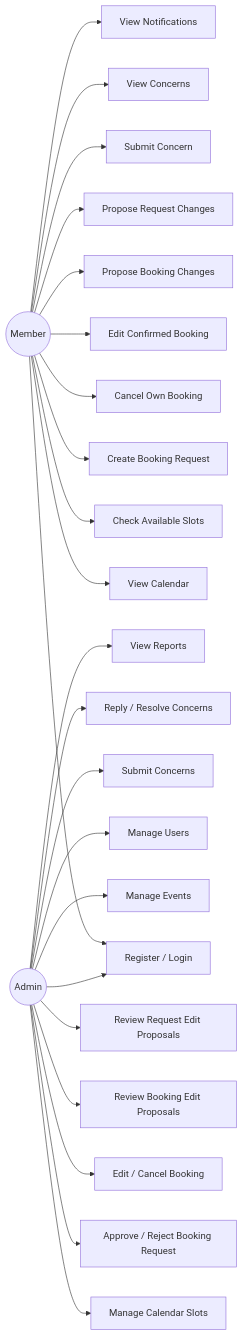
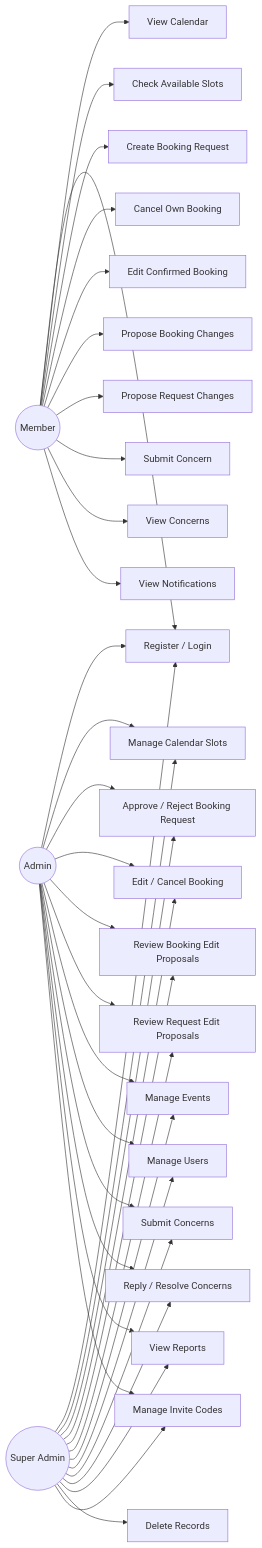
Before and after one commit to rcamarig-boop/church-booking-system: the first of 11 diagrams in PROJECT_DIAGRAMS.md, drawn with Mermaid. The commit also changed other lines of this file and 6 other files, not shown here.

Commit message:
Update project diagrams and booking UI logic

````diff
--- a/PROJECT_DIAGRAMS.md
+++ b/PROJECT_DIAGRAMS.md
@@ -15,52 +15,70 @@
 ```mermaid
 flowchart LR
   Member((Member))
   Admin((Admin))
+  SuperAdmin((Super Admin))
 
   UC1[Register / Login]
   UC2[View Calendar]
   UC3[Check Available Slots]
   UC4[Create Booking Request]
   UC5[Cancel Own Booking]
   UC6[Edit Confirmed Booking]
   UC7[Propose Booking Changes]
   UC8[Propose Request Changes]
   UC9[Submit Concern]
   UC10[View Concerns]
   UC11[View Notifications]
 
   UC12[Manage Calendar Slots]
   UC13[Approve / Reject Booking Request]
   UC14[Edit / Cancel Booking]
   UC15[Review Booking Edit Proposals]
   UC16[Review Request Edit Proposals]
   UC17[Manage Events]
   UC18[Manage Users]
   UC19[Submit Concerns]
   UC20[Reply / Resolve Concerns]
   UC21[View Reports]
+  UC22[Delete Records]
+  UC23[Manage Invite Codes]
 
   Member --> UC1
   Member --> UC2
   Member --> UC3
   Member --> UC4
   Member --> UC5
   Member --> UC6
   Member --> UC7
   Member --> UC8
   Member --> UC9
   Member --> UC10
   Member --> UC11
 
   Admin --> UC1
   Admin --> UC12
   Admin --> UC13
   Admin --> UC14
   Admin --> UC15
   Admin --> UC16
   Admin --> UC17
   Admin --> UC18
   Admin --> UC19
   Admin --> UC20
   Admin --> UC21
+  Admin --> UC23
+
+  SuperAdmin --> UC1
+  SuperAdmin --> UC12
+  SuperAdmin --> UC13
+  SuperAdmin --> UC14
+  SuperAdmin --> UC15
+  SuperAdmin --> UC16
+  SuperAdmin --> UC17
+  SuperAdmin --> UC18
+  SuperAdmin --> UC19
+  SuperAdmin --> UC20
+  SuperAdmin --> UC21
+  SuperAdmin --> UC22
+  SuperAdmin --> UC23
 ```
````
